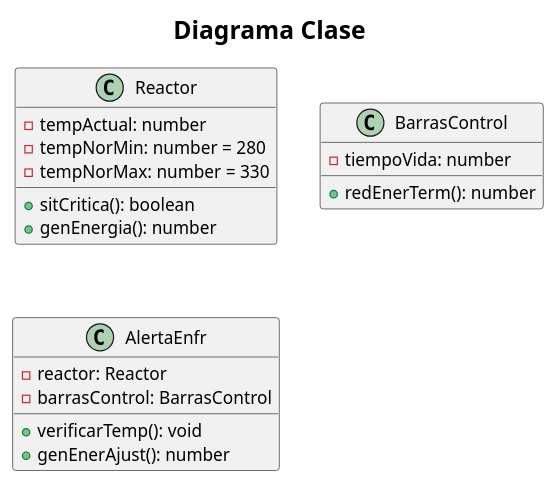
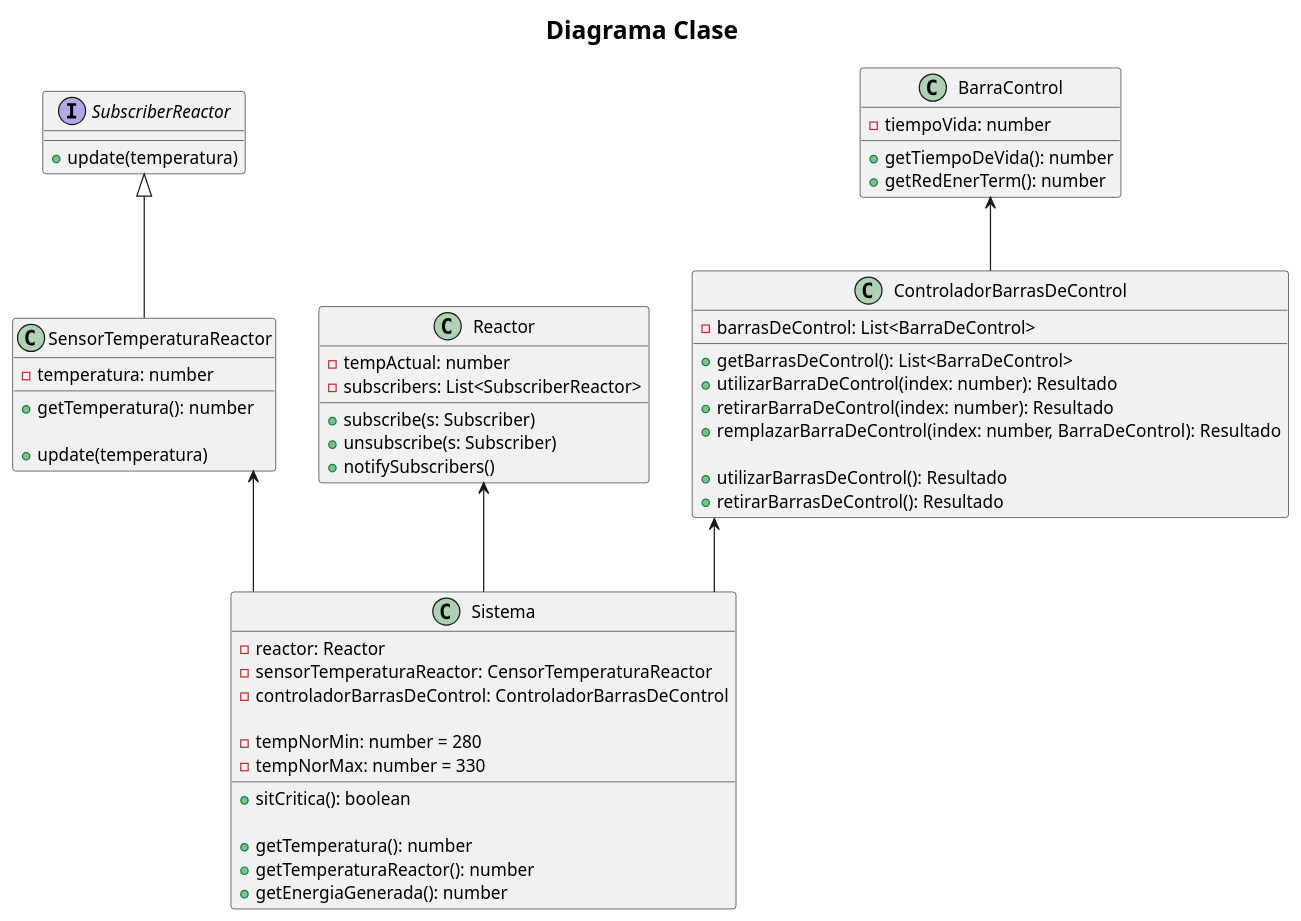
The diagram in diagramas/clase.puml (NarDevGH/UTN-Labo3-TP-El_Reactor_Nuclear), drawn with PlantUML before and after one commit.

Commit message:
mix diagrama + patron subscriber + patron facade

```diff
--- a/diagramas/clase.puml
+++ b/diagramas/clase.puml
@@ -1,35 +1,72 @@
 @startuml Diagrama Clase
 
 skinparam linetype ortho
 skinparam arrow {
     Thickness 1
 }
 skinparam TitleFontSize 20
 
 title Diagrama Clase
 
+interface SubscriberReactor{
+    + update(temperatura)
+}
+
 class Reactor {
 - tempActual: number
-- tempNorMin: number = 280
-- tempNorMax: number = 330
+- subscribers: List<SubscriberReactor>
 
-' setters y getters
-+ sitCritica(): boolean
-+ genEnergia(): number
++ subscribe(s: Subscriber)
++ unsubscribe(s: Subscriber)
++ notifySubscribers()
+
 }
 
-class BarrasControl {
+class BarraControl {
 - tiempoVida: number
 
-+ redEnerTerm(): number
++ getTiempoDeVida(): number
++ getRedEnerTerm(): number
 }
 
-class AlertaEnfr {
-    - reactor: Reactor
-    - barrasControl: BarrasControl
+class ControladorBarrasDeControl{
+    - barrasDeControl: List<BarraDeControl>
 
-    + verificarTemp(): void
-    + genEnerAjust(): number
+    + getBarrasDeControl(): List<BarraDeControl>
+    + utilizarBarraDeControl(index: number): Resultado
+    + retirarBarraDeControl(index: number): Resultado
+    + remplazarBarraDeControl(index: number, BarraDeControl): Resultado
+
+    + utilizarBarrasDeControl(): Resultado
+    + retirarBarrasDeControl(): Resultado
 }
 
+class SensorTemperaturaReactor extends SubscriberReactor{
+    - temperatura: number
+    
+    + getTemperatura(): number
+
+    + update(temperatura)
+}
+
+class Sistema{
+    - reactor: Reactor
+    - sensorTemperaturaReactor: CensorTemperaturaReactor
+    - controladorBarrasDeControl: ControladorBarrasDeControl
+
+    - tempNorMin: number = 280
+    - tempNorMax: number = 330
+    
+    + sitCritica(): boolean
+
+    + getTemperatura(): number
+    + getTemperaturaReactor(): number
+    + getEnergiaGenerada(): number
+}
+
+Reactor <-- Sistema
+SensorTemperaturaReactor <-- Sistema
+ControladorBarrasDeControl <-- Sistema
+
+BarraControl <-- ControladorBarrasDeControl
 @enduml
```
